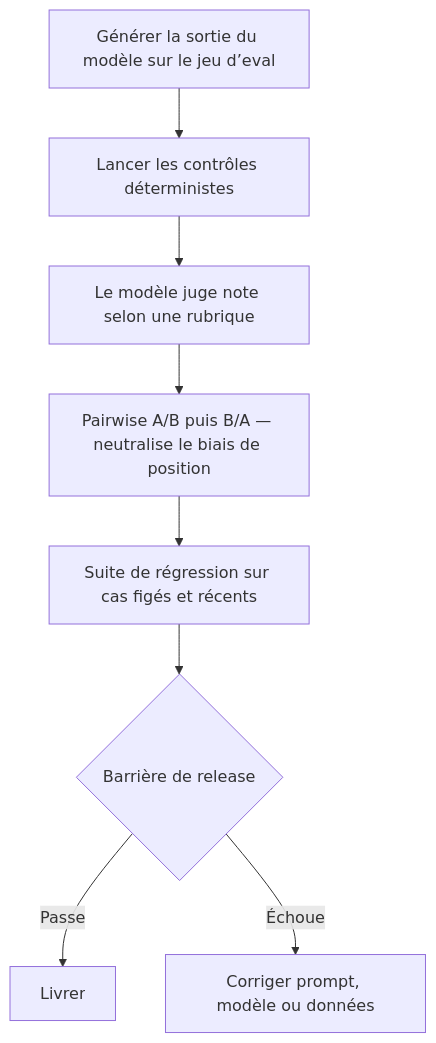
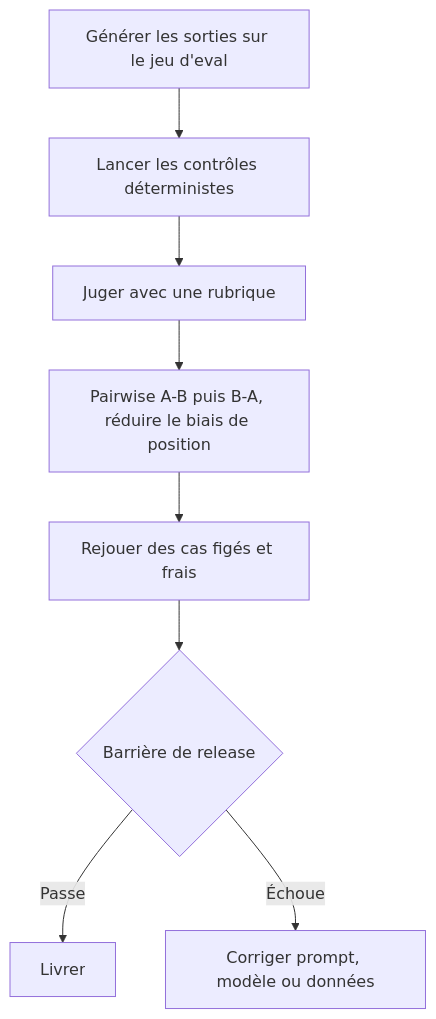
Before and after one commit to grasdouble/sebastien-lemouillour.fr: the diagram in packages/parcels/learn/src/data/content/ia-llm/understanding-llms/automated-llm-evaluation.fr.md, drawn with Mermaid. The commit also changed other lines of this file and 25 other files, not shown here.

````diff
--- a/packages/parcels/learn/src/data/content/ia-llm/understanding-llms/automated-llm-evaluation.fr.md
+++ b/packages/parcels/learn/src/data/content/ia-llm/understanding-llms/automated-llm-evaluation.fr.md
@@ -14,10 +14,10 @@
 ```mermaid
 flowchart TD
-  A[Générer la sortie du modèle sur le jeu d’eval] --> B[Lancer les contrôles déterministes]
-  B --> C[Le modèle juge note selon une rubrique]
-  C --> D[Pairwise A/B puis B/A — neutralise le biais de position]
-  D --> E[Suite de régression sur cas figés et récents]
+  A[Générer les sorties sur le jeu d'eval] --> B[Lancer les contrôles déterministes]
+  B --> C[Juger avec une rubrique]
+  C --> D[Pairwise A-B puis B-A, réduire le biais de position]
+  D --> E[Rejouer des cas figés et frais]
   E --> F{Barrière de release}
   F -->|Passe| G[Livrer]
   F -->|Échoue| H[Corriger prompt, modèle ou données]
 ```
````
